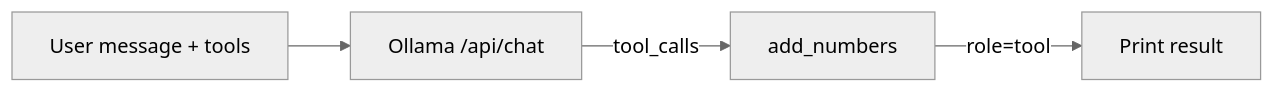
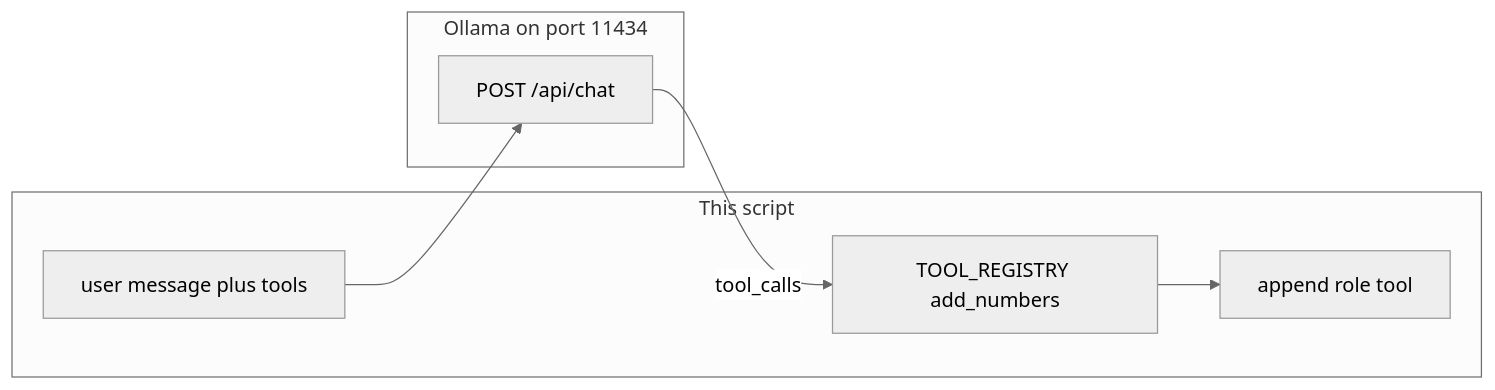
The diagram in education/03_the_dispatcher/lab1_tool_dispatch.md (jacobbweber/AgenticAI-Labs), drawn with Mermaid (neutral theme) before and after one commit. The commit also changed other lines of this file, not shown here.

Commit message:
Align 03 lab1 brief to the LAB template.

````diff
--- a/education/03_the_dispatcher/lab1_tool_dispatch.md
+++ b/education/03_the_dispatcher/lab1_tool_dispatch.md
@@ -32,6 +14,14 @@
 ```mermaid
 flowchart LR
-    A["User message + tools"] --> B["Ollama /api/chat"]
-    B -->|"tool_calls"| C["add_numbers"]
-    C -->|"role=tool"| D["Print result"]
+    subgraph ch03_lab1_script [This script]
+        U["user message plus tools"]
+        R["TOOL_REGISTRY add_numbers"]
+        T["append role tool"]
+    end
+    subgraph ch03_lab1_host [Ollama on port 11434]
+        C["POST /api/chat"]
+    end
+    U --> C
+    C -->|"tool_calls"| R
+    R --> T
 ```
````
